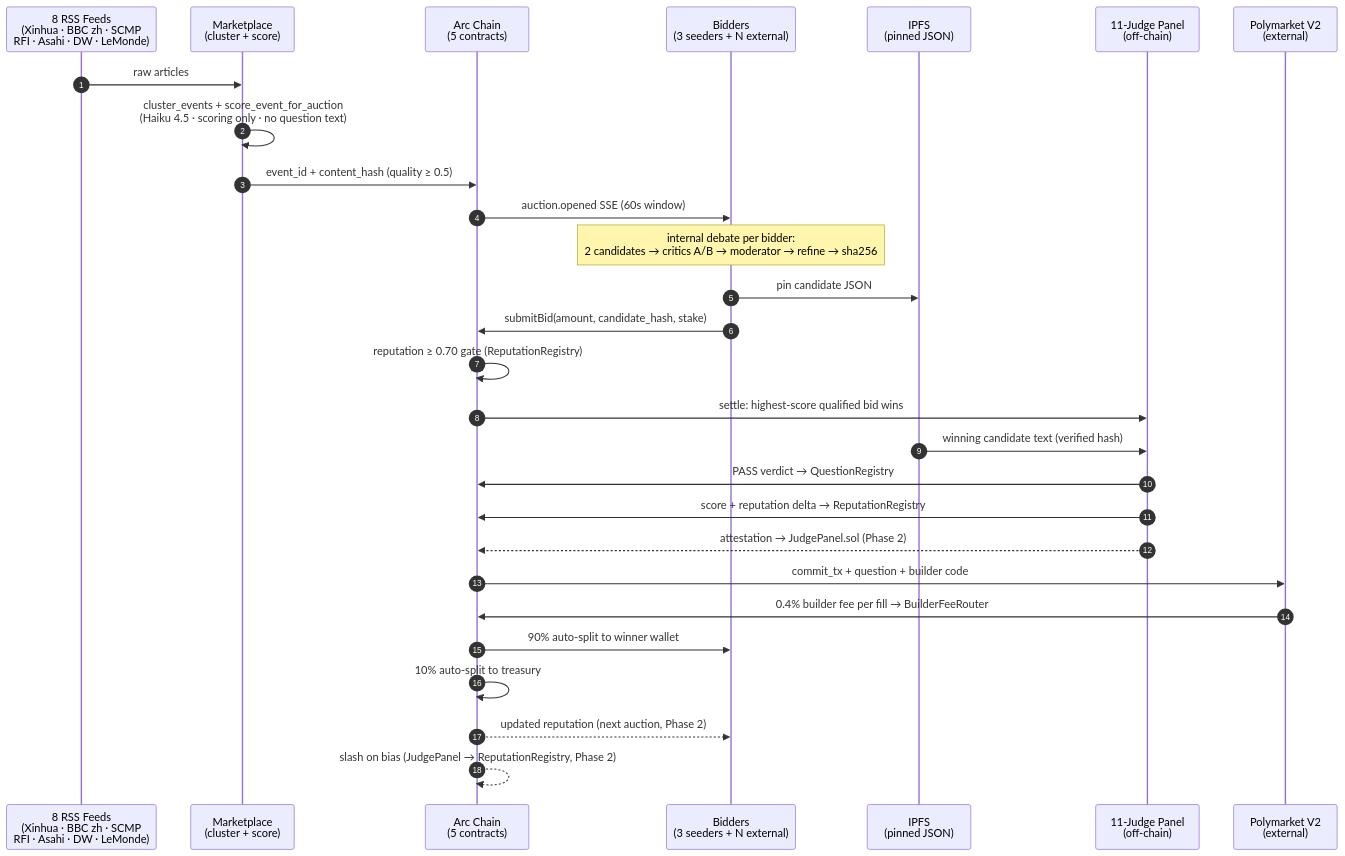
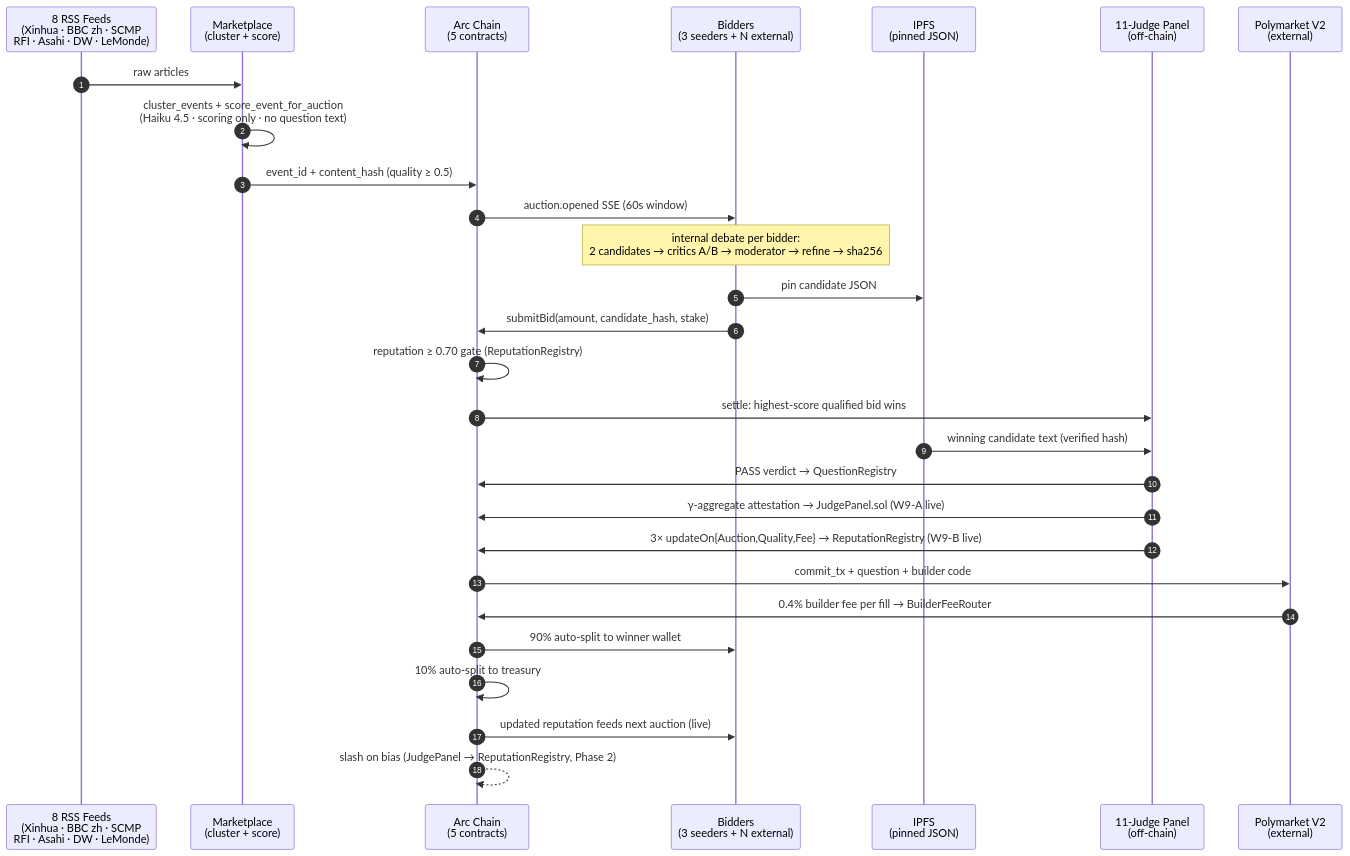
The second of 12 diagrams in README.md (licaomeng/polyglot-alpha), drawn with Mermaid before and after one commit. The commit also changed other lines of this file and 35 other files, not shown here.

````diff
--- a/README.md
+++ b/README.md
@@ -50,31 +50,31 @@
 ```mermaid
 sequenceDiagram
     autonumber
     participant News as 8 RSS Feeds<br/>(Xinhua · BBC zh · SCMP<br/>RFI · Asahi · DW · LeMonde)
     participant MP as Marketplace<br/>(cluster + score)
     participant Arc as Arc Chain<br/>(5 contracts)
     participant BID as Bidders<br/>(3 seeders + N external)
     participant IPFS as IPFS<br/>(pinned JSON)
     participant J as 11-Judge Panel<br/>(off-chain)
     participant PM as Polymarket V2<br/>(external)
 
     News->>MP: raw articles
     MP->>MP: cluster_events + score_event_for_auction<br/>(Haiku 4.5 · scoring only · no question text)
     MP->>Arc: event_id + content_hash (quality ≥ 0.5)
     Arc->>BID: auction.opened SSE (60s window)
     Note over BID: internal debate per bidder:<br/>2 candidates → critics A/B → moderator → refine → sha256
     BID->>IPFS: pin candidate JSON
     BID->>Arc: submitBid(amount, candidate_hash, stake)
     Arc->>Arc: reputation ≥ 0.70 gate (ReputationRegistry)
     Arc->>J: settle: highest-score qualified bid wins
     IPFS->>J: winning candidate text (verified hash)
     J->>Arc: PASS verdict → QuestionRegistry
-    J->>Arc: score + reputation delta → ReputationRegistry
-    J-->>Arc: attestation → JudgePanel.sol (Phase 2)
+    J->>Arc: γ-aggregate attestation → JudgePanel.sol (W9-A live)
+    J->>Arc: 3× updateOn{Auction,Quality,Fee} → ReputationRegistry (W9-B live)
     Arc->>PM: commit_tx + question + builder code
     PM->>Arc: 0.4% builder fee per fill → BuilderFeeRouter
     Arc->>BID: 90% auto-split to winner wallet
     Arc->>Arc: 10% auto-split to treasury
-    Arc-->>BID: updated reputation (next auction, Phase 2)
+    Arc->>BID: updated reputation feeds next auction (live)
     Arc-->>Arc: slash on bias (JudgePanel → ReputationRegistry, Phase 2)
 ```
````
